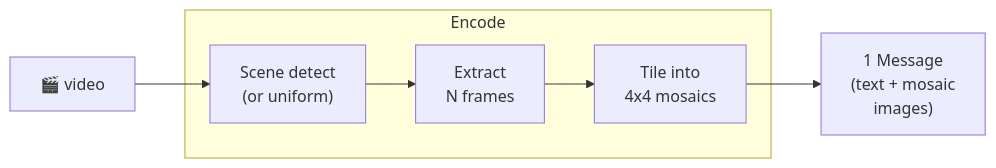
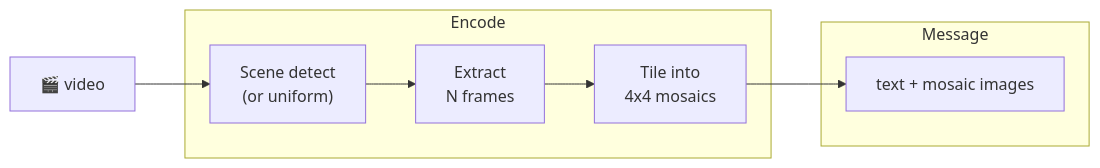
Before and after one commit to vlm-run/mm: the third of 17 diagrams in docs/ENCODERS.md, drawn with Mermaid. The commit also changed other lines of this file and 1 other file, not shown here.

Commit message:
use a message block with subgroups

````diff
--- a/docs/ENCODERS.md
+++ b/docs/ENCODERS.md
@@ -82,14 +86,16 @@
 ```mermaid
 graph LR
   video["🎬 video"]
 
   subgraph encode ["Encode"]
     detect["Scene detect\n(or uniform)"]
     frames["Extract\nN frames"]
     tile["Tile into\n4x4 mosaics"]
   end
 
-  msg["1 Message\n(text + mosaic\nimages)"]
+  subgraph message ["Message"]
+    msg["text + mosaic images"]
+  end
 
   video --> detect --> frames --> tile --> msg
 ```
````
